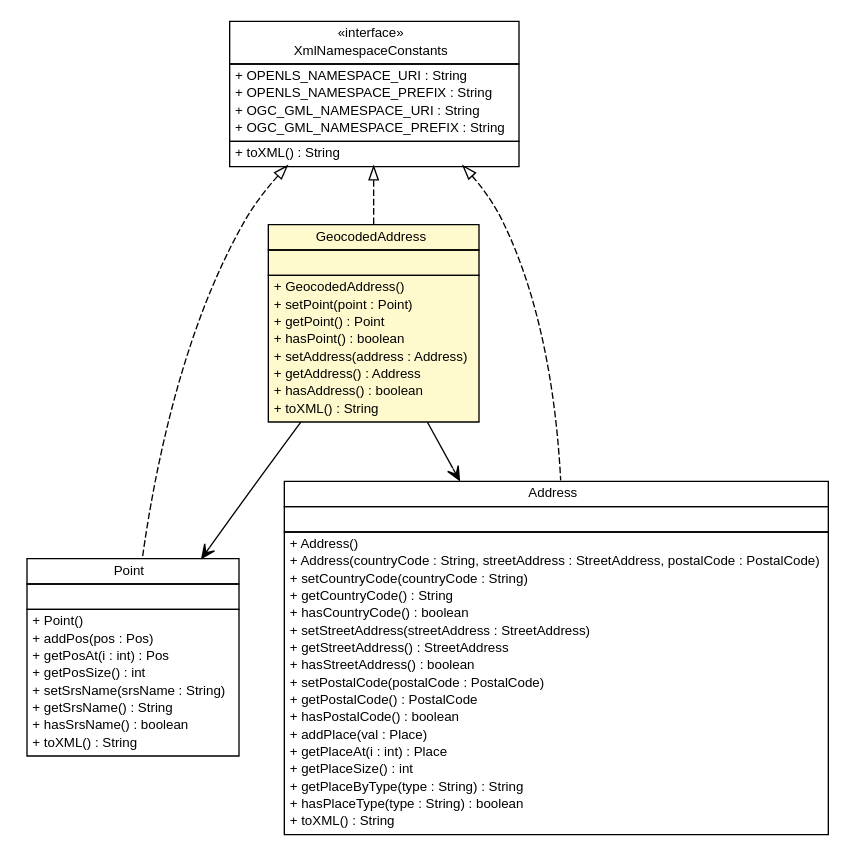
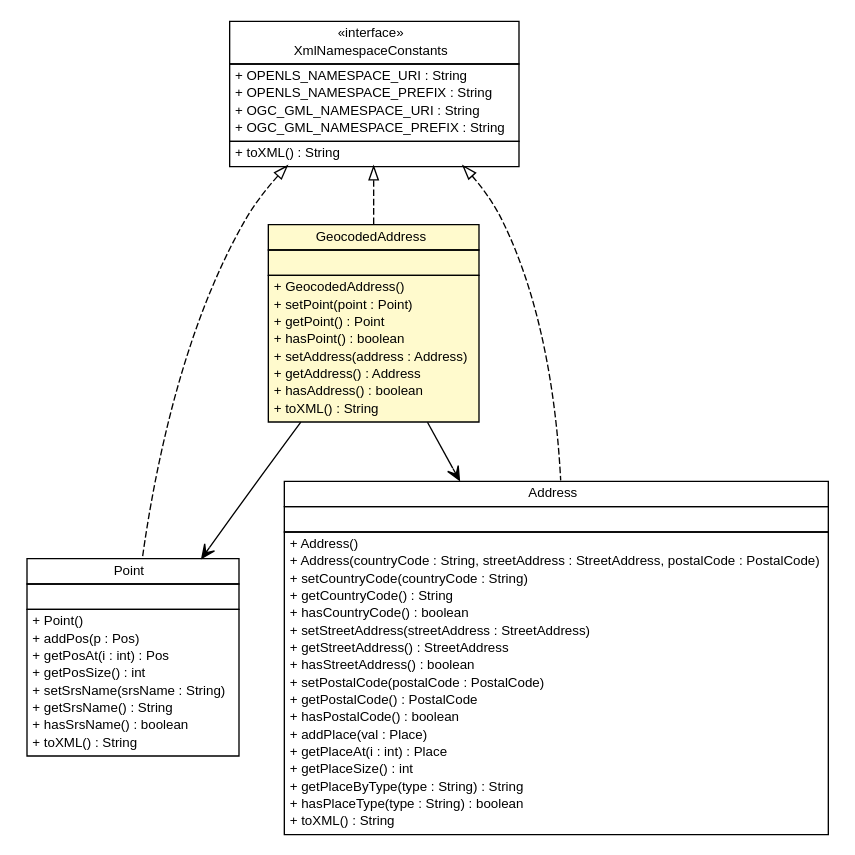
The diagram in apidocs/nl/mineleni/openls/databinding/openls/GeocodedAddress.dot (MinELenI/CBSviewer), drawn with Graphviz before and after one commit. The commit also changed 493 other files, not shown here.

```diff
--- a/apidocs/nl/mineleni/openls/databinding/openls/GeocodedAddress.dot
+++ b/apidocs/nl/mineleni/openls/databinding/openls/GeocodedAddress.dot
@@ -1,104 +1,104 @@
 #!/usr/local/bin/dot
 #
 # Class diagram 
 # Generated by UMLGraph version R5_6 (http://www.umlgraph.org/)
 #
 
 digraph G {
 	edge [fontname="arial",fontsize=10,labelfontname="arial",labelfontsize=10];
 	node [fontname="arial",fontsize=10,shape=plaintext];
 	nodesep=0.25;
 	ranksep=0.5;
 	// nl.mineleni.openls.databinding.gml.Point
 	c3454 [label=<<table title="nl.mineleni.openls.databinding.gml.Point" border="0" cellborder="1" cellspacing="0" cellpadding="2" port="p" href="../gml/Point.html">
 		<tr><td><table border="0" cellspacing="0" cellpadding="1">
 <tr><td align="center" balign="center"> Point </td></tr>
 		</table></td></tr>
 		<tr><td><table border="0" cellspacing="0" cellpadding="1">
 <tr><td align="left" balign="left">  </td></tr>
 		</table></td></tr>
 		<tr><td><table border="0" cellspacing="0" cellpadding="1">
 <tr><td align="left" balign="left"> + Point() </td></tr>
-<tr><td align="left" balign="left"> + addPos(pos : Pos) </td></tr>
+<tr><td align="left" balign="left"> + addPos(p : Pos) </td></tr>
 <tr><td align="left" balign="left"> + getPosAt(i : int) : Pos </td></tr>
 <tr><td align="left" balign="left"> + getPosSize() : int </td></tr>
 <tr><td align="left" balign="left"> + setSrsName(srsName : String) </td></tr>
 <tr><td align="left" balign="left"> + getSrsName() : String </td></tr>
 <tr><td align="left" balign="left"> + hasSrsName() : boolean </td></tr>
 <tr><td align="left" balign="left"> + toXML() : String </td></tr>
 		</table></td></tr>
 		</table>>, URL="../gml/Point.html", fontname="arial", fontcolor="black", fontsize=10.0];
 	// nl.mineleni.openls.databinding.openls.GeocodedAddress
 	c3462 [label=<<table title="nl.mineleni.openls.databinding.openls.GeocodedAddress" border="0" cellborder="1" cellspacing="0" cellpadding="2" port="p" bgcolor="lemonChiffon" href="./GeocodedAddress.html">
 		<tr><td><table border="0" cellspacing="0" cellpadding="1">
 <tr><td align="center" balign="center"> GeocodedAddress </td></tr>
 		</table></td></tr>
 		<tr><td><table border="0" cellspacing="0" cellpadding="1">
 <tr><td align="left" balign="left">  </td></tr>
 		</table></td></tr>
 		<tr><td><table border="0" cellspacing="0" cellpadding="1">
 <tr><td align="left" balign="left"> + GeocodedAddress() </td></tr>
 <tr><td align="left" balign="left"> + setPoint(point : Point) </td></tr>
 <tr><td align="left" balign="left"> + getPoint() : Point </td></tr>
 <tr><td align="left" balign="left"> + hasPoint() : boolean </td></tr>
 <tr><td align="left" balign="left"> + setAddress(address : Address) </td></tr>
 <tr><td align="left" balign="left"> + getAddress() : Address </td></tr>
 <tr><td align="left" balign="left"> + hasAddress() : boolean </td></tr>
 <tr><td align="left" balign="left"> + toXML() : String </td></tr>
 		</table></td></tr>
 		</table>>, URL="./GeocodedAddress.html", fontname="arial", fontcolor="black", fontsize=10.0];
 	// nl.mineleni.openls.databinding.openls.Address
 	c3464 [label=<<table title="nl.mineleni.openls.databinding.openls.Address" border="0" cellborder="1" cellspacing="0" cellpadding="2" port="p" href="./Address.html">
 		<tr><td><table border="0" cellspacing="0" cellpadding="1">
 <tr><td align="center" balign="center"> Address </td></tr>
 		</table></td></tr>
 		<tr><td><table border="0" cellspacing="0" cellpadding="1">
 <tr><td align="left" balign="left">  </td></tr>
 		</table></td></tr>
 		<tr><td><table border="0" cellspacing="0" cellpadding="1">
 <tr><td align="left" balign="left"> + Address() </td></tr>
 <tr><td align="left" balign="left"> + Address(countryCode : String, streetAddress : StreetAddress, postalCode : PostalCode) </td></tr>
 <tr><td align="left" balign="left"> + setCountryCode(countryCode : String) </td></tr>
 <tr><td align="left" balign="left"> + getCountryCode() : String </td></tr>
 <tr><td align="left" balign="left"> + hasCountryCode() : boolean </td></tr>
 <tr><td align="left" balign="left"> + setStreetAddress(streetAddress : StreetAddress) </td></tr>
 <tr><td align="left" balign="left"> + getStreetAddress() : StreetAddress </td></tr>
 <tr><td align="left" balign="left"> + hasStreetAddress() : boolean </td></tr>
 <tr><td align="left" balign="left"> + setPostalCode(postalCode : PostalCode) </td></tr>
 <tr><td align="left" balign="left"> + getPostalCode() : PostalCode </td></tr>
 <tr><td align="left" balign="left"> + hasPostalCode() : boolean </td></tr>
 <tr><td align="left" balign="left"> + addPlace(val : Place) </td></tr>
 <tr><td align="left" balign="left"> + getPlaceAt(i : int) : Place </td></tr>
 <tr><td align="left" balign="left"> + getPlaceSize() : int </td></tr>
 <tr><td align="left" balign="left"> + getPlaceByType(type : String) : String </td></tr>
 <tr><td align="left" balign="left"> + hasPlaceType(type : String) : boolean </td></tr>
 <tr><td align="left" balign="left"> + toXML() : String </td></tr>
 		</table></td></tr>
 		</table>>, URL="./Address.html", fontname="arial", fontcolor="black", fontsize=10.0];
 	// nl.mineleni.openls.XmlNamespaceConstants
 	c3465 [label=<<table title="nl.mineleni.openls.XmlNamespaceConstants" border="0" cellborder="1" cellspacing="0" cellpadding="2" port="p" href="../../XmlNamespaceConstants.html">
 		<tr><td><table border="0" cellspacing="0" cellpadding="1">
 <tr><td align="center" balign="center"> &#171;interface&#187; </td></tr>
 <tr><td align="center" balign="center"> XmlNamespaceConstants </td></tr>
 		</table></td></tr>
 		<tr><td><table border="0" cellspacing="0" cellpadding="1">
 <tr><td align="left" balign="left"> + OPENLS_NAMESPACE_URI : String </td></tr>
 <tr><td align="left" balign="left"> + OPENLS_NAMESPACE_PREFIX : String </td></tr>
 <tr><td align="left" balign="left"> + OGC_GML_NAMESPACE_URI : String </td></tr>
 <tr><td align="left" balign="left"> + OGC_GML_NAMESPACE_PREFIX : String </td></tr>
 		</table></td></tr>
 		<tr><td><table border="0" cellspacing="0" cellpadding="1">
 <tr><td align="left" balign="left"> + toXML() : String </td></tr>
 		</table></td></tr>
 		</table>>, URL="../../XmlNamespaceConstants.html", fontname="arial", fontcolor="black", fontsize=10.0];
 	//nl.mineleni.openls.databinding.gml.Point implements nl.mineleni.openls.XmlNamespaceConstants
 	c3465:p -> c3454:p [dir=back,arrowtail=empty,style=dashed];
 	//nl.mineleni.openls.databinding.openls.GeocodedAddress implements nl.mineleni.openls.XmlNamespaceConstants
 	c3465:p -> c3462:p [dir=back,arrowtail=empty,style=dashed];
 	//nl.mineleni.openls.databinding.openls.Address implements nl.mineleni.openls.XmlNamespaceConstants
 	c3465:p -> c3464:p [dir=back,arrowtail=empty,style=dashed];
 	// nl.mineleni.openls.databinding.openls.GeocodedAddress NAVASSOC nl.mineleni.openls.databinding.gml.Point
 	c3462:p -> c3454:p [taillabel="", label="", headlabel="", fontname="arial", fontcolor="black", fontsize=10.0, color="black", arrowhead=open];
 	// nl.mineleni.openls.databinding.openls.GeocodedAddress NAVASSOC nl.mineleni.openls.databinding.openls.Address
 	c3462:p -> c3464:p [taillabel="", label="", headlabel="", fontname="arial", fontcolor="black", fontsize=10.0, color="black", arrowhead=open];
 }
```
